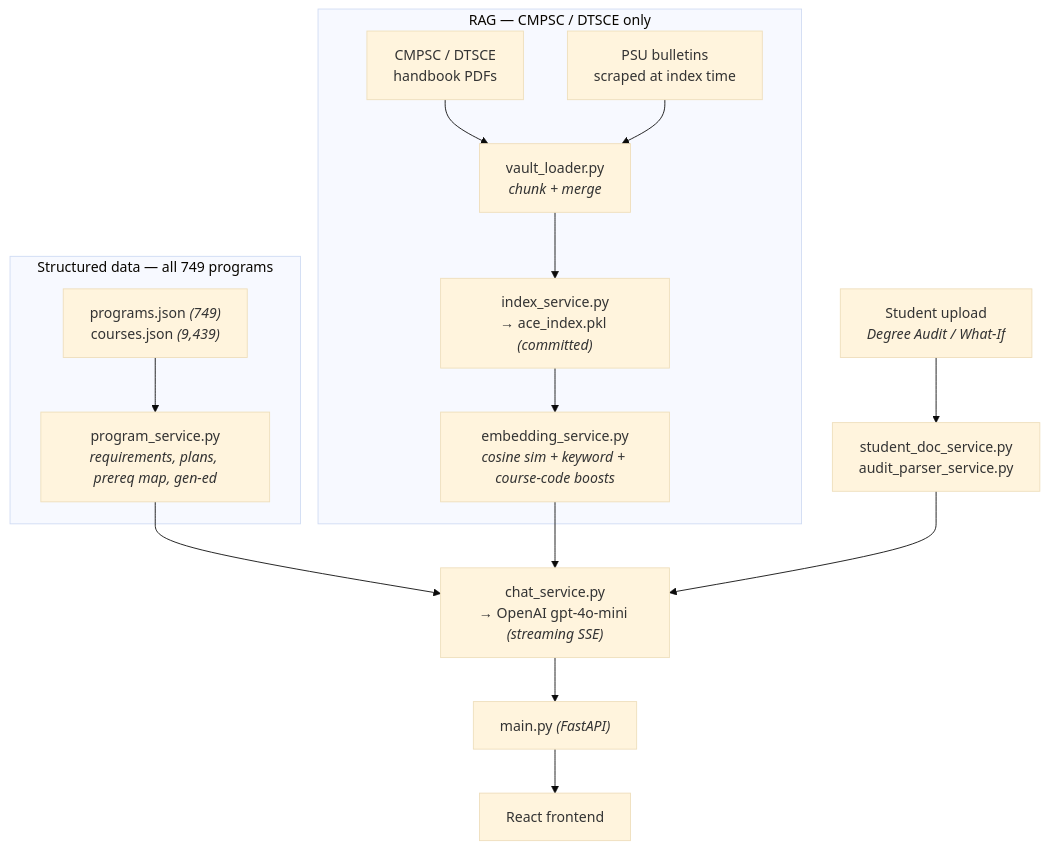
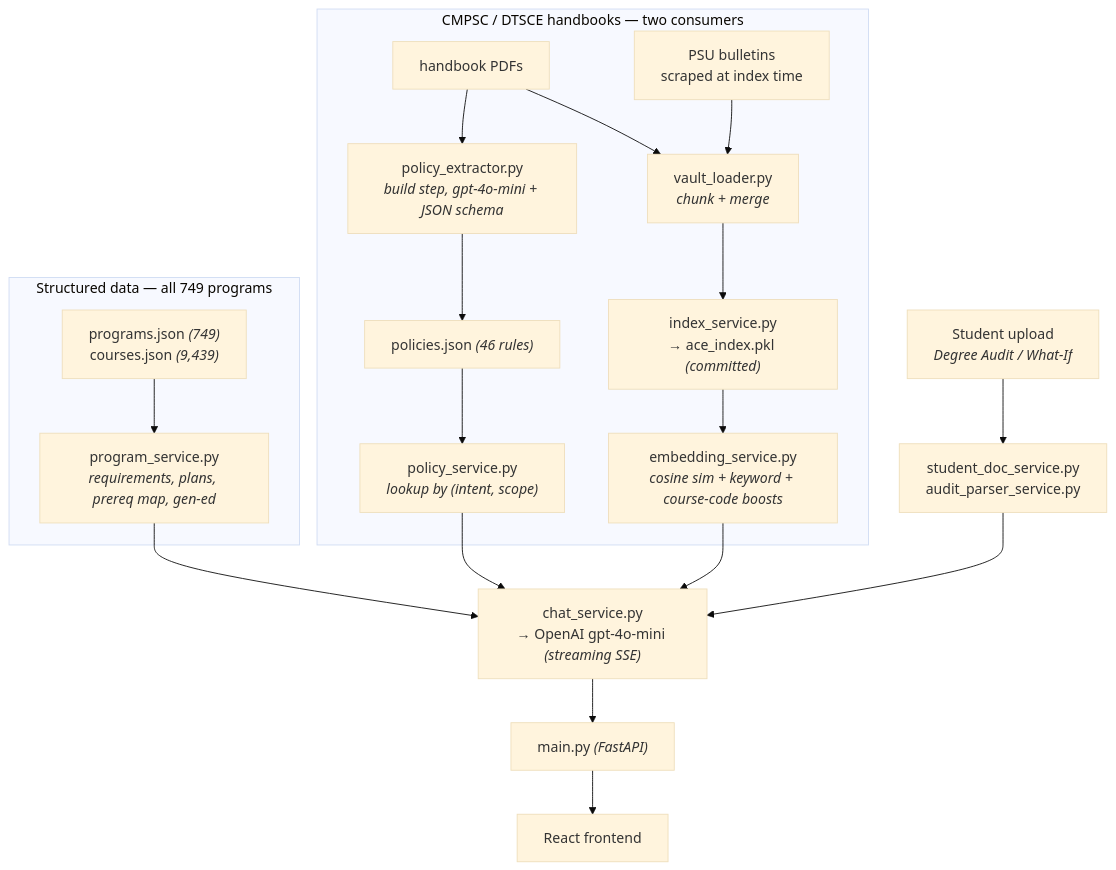
The diagram in README.md (digi0/ACE), drawn with Mermaid (base theme) before and after one commit. The commit also changed other lines of this file and 7 other files, not shown here.

First line of the commit message:
Extract handbook policies into policies.json and relay them by intent

````diff
--- a/README.md
+++ b/README.md
@@ -89,19 +89,22 @@
 ```mermaid
 flowchart TD
     subgraph S["Structured data — all 749 programs"]
       J["programs.json <i>(749)</i><br/>courses.json <i>(9,439)</i>"] --> PS["program_service.py<br/><i>requirements, plans, prereq map, gen-ed</i>"]
     end
-    subgraph R["RAG — CMPSC / DTSCE only"]
-      B["CMPSC / DTSCE<br/>handbook PDFs"] --> V
+    subgraph H["CMPSC / DTSCE handbooks — two consumers"]
+      B["handbook PDFs"] --> X["policy_extractor.py<br/><i>build step, gpt-4o-mini + JSON schema</i>"]
+      X --> PJ["policies.json <i>(46 rules)</i>"] --> POL["policy_service.py<br/><i>lookup by (intent, scope)</i>"]
+      B --> V
       C["PSU bulletins<br/>scraped at index time"] --> V
       V["vault_loader.py<br/><i>chunk + merge</i>"] --> I
       I["index_service.py<br/>→ ace_index.pkl <i>(committed)</i>"] --> E
       E["embedding_service.py<br/><i>cosine sim + keyword + course-code boosts</i>"]
     end
     PS --> C2
+    POL --> C2
     E --> C2
     D["Student upload<br/><i>Degree Audit / What-If</i>"] --> P
     P["student_doc_service.py<br/>audit_parser_service.py"] --> C2
     C2["chat_service.py<br/>→ OpenAI gpt-4o-mini <i>(streaming SSE)</i>"] --> M
     M["main.py <i>(FastAPI)</i>"] --> F["React frontend"]
 ```
````
